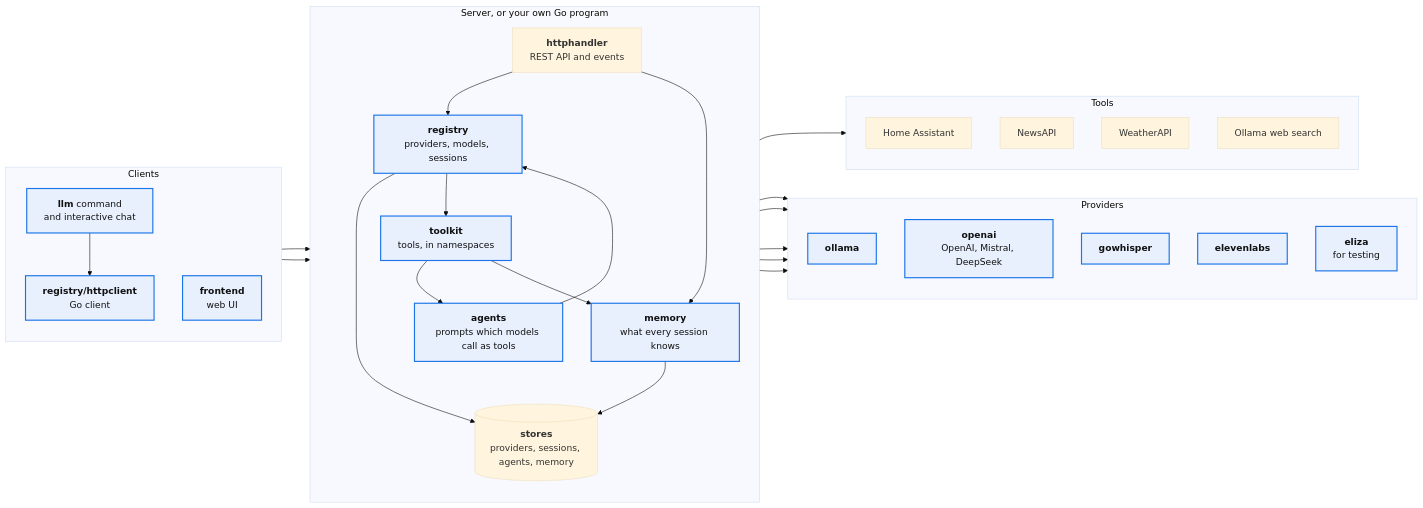
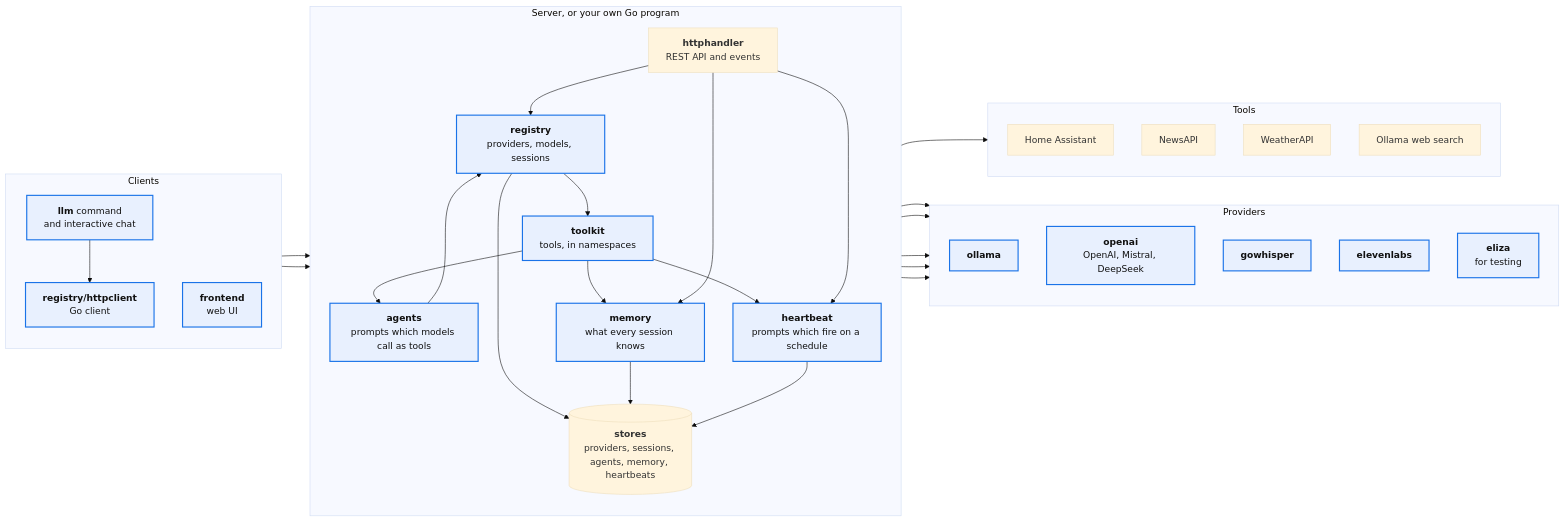
One commit to mutablelogic/go-llm changed the diagram in README.md. Above: the diagram before and after it, drawn with Mermaid (base theme). The commit also changed other lines of this file and 31 other files, not shown here.

Commit message:
Add heartbeats: prompts for a session, once or on a schedule, in the person's time zone (#138)

````diff
--- a/README.md
+++ b/README.md
@@ -122,65 +122,70 @@
 ```mermaid
 flowchart LR
     subgraph Clients
         direction TB
         CLI["`**llm** command
         and interactive chat`"]
         Client["`**registry/httpclient**
         Go client`"]
         UI["`**frontend**
         web UI`"]
     end
 
     subgraph Server["Server, or your own Go program"]
         direction TB
         API["`**httphandler**
         REST API and events`"]
         Registry["`**registry**
         providers, models, sessions`"]
         Toolkit["`**toolkit**
         tools, in namespaces`"]
         Agents["`**agents**
         prompts which models call as tools`"]
         Memory["`**memory**
         what every session knows`"]
+        Heartbeat["`**heartbeat**
+        prompts which fire on a schedule`"]
         Stores[("`**stores**
-        providers, sessions, agents, memory`")]
+        providers, sessions, agents, memory, heartbeats`")]
     end
 
     subgraph Providers
         direction TB
         Ollama["`**ollama**`"]
         OpenAI["`**openai**
         OpenAI, Mistral, DeepSeek`"]
         Whisper["`**gowhisper**`"]
         ElevenLabs["`**elevenlabs**`"]
         Eliza["`**eliza**
         for testing`"]
     end
 
     subgraph Tools
         direction TB
         HA["Home Assistant"]
         News["NewsAPI"]
         Weather["WeatherAPI"]
         Search["Ollama web search"]
     end
 
     CLI --> Client
     Client --> API
     UI --> API
     API --> Registry
     Registry --> Stores
     Registry --> Toolkit
     Toolkit --> Agents
     Toolkit --> Memory
     Agents --> Registry
     API --> Memory
     Memory --> Stores
+    Toolkit --> Heartbeat
+    API --> Heartbeat
+    Heartbeat --> Stores
     Toolkit --> Tools
     Registry --> Ollama & OpenAI & Whisper & ElevenLabs & Eliza
 
     classDef highlight fill:#e8f0fe,stroke:#1a73e8,stroke-width:2px,color:#111
-    class CLI,Client,UI,Registry,Toolkit,Agents,Memory highlight
+    class CLI,Client,UI,Registry,Toolkit,Agents,Memory,Heartbeat highlight
     class Ollama,OpenAI,Whisper,ElevenLabs,Eliza highlight
 ```
````
